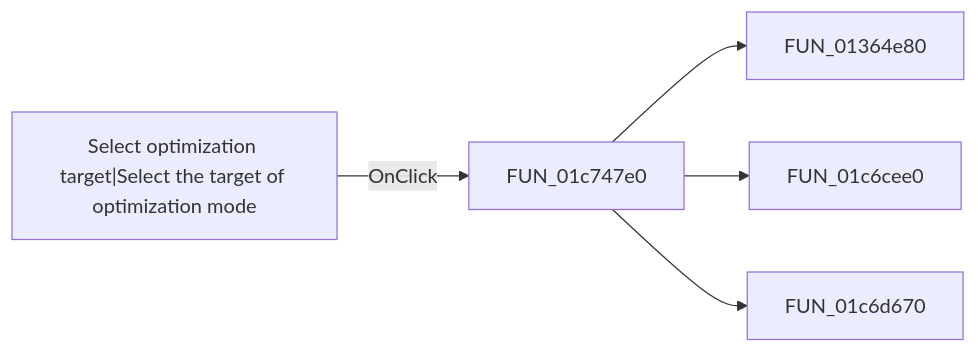
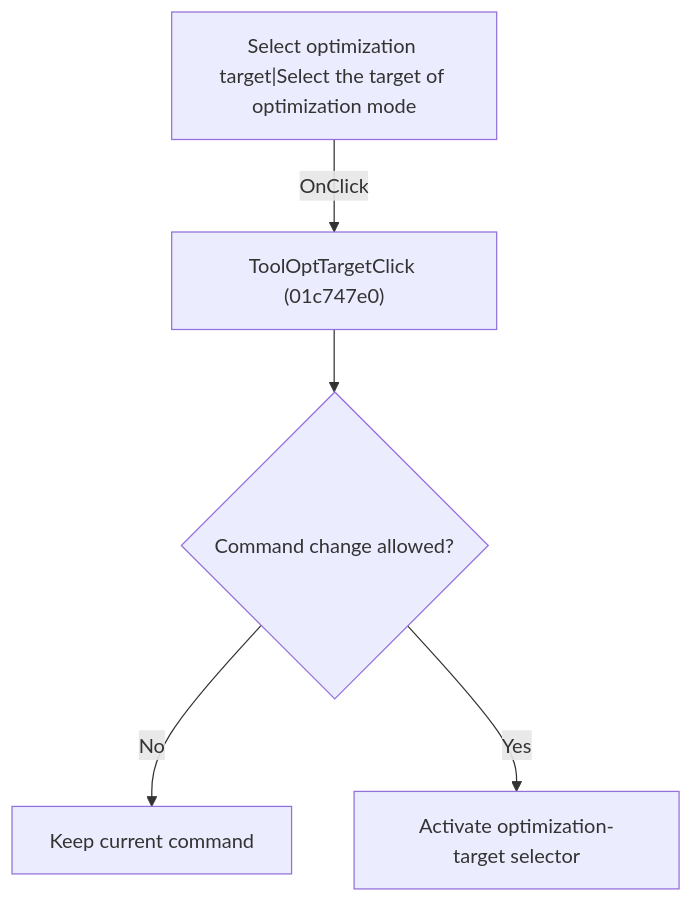
One commit to MovGP0/TIARA changed the diagram in docs/ui-controls/schematiceditor/toolopttarget-82bac4131c.md. Above: the diagram before and after it, drawn with Mermaid. The commit also changed other lines of this file and 1062 other files, not shown here.

````diff
--- a/docs/ui-controls/schematiceditor/toolopttarget-82bac4131c.md
+++ b/docs/ui-controls/schematiceditor/toolopttarget-82bac4131c.md
@@ -27,7 +27,7 @@
 ```mermaid
-flowchart LR
-    control["Select optimization target|Select the target of optimization mode"] -->|OnClick| handler["FUN_01c747e0"]
-    handler --> call1["FUN_01364e80"]
-    handler --> call2["FUN_01c6cee0"]
-    handler --> call3["FUN_01c6d670"]
+flowchart TD
+    control["Select optimization target|Select the target of optimization mode"] -->|"OnClick"| handler["ToolOptTargetClick (01c747e0)"]
+    handler --> guard{"Command change allowed?"}
+    guard -->|"No"| noChange["Keep current command"]
+    guard -->|"Yes"| action["Activate optimization-target selector"]
 ```
````
